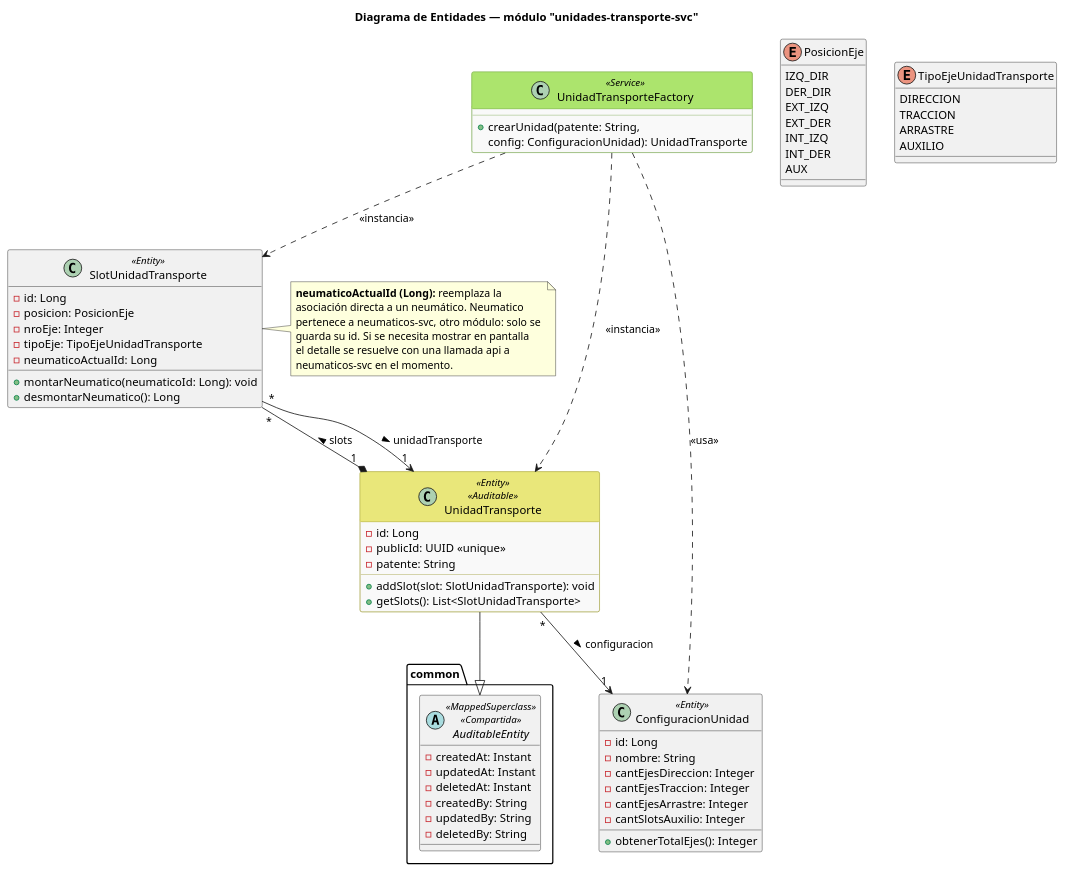
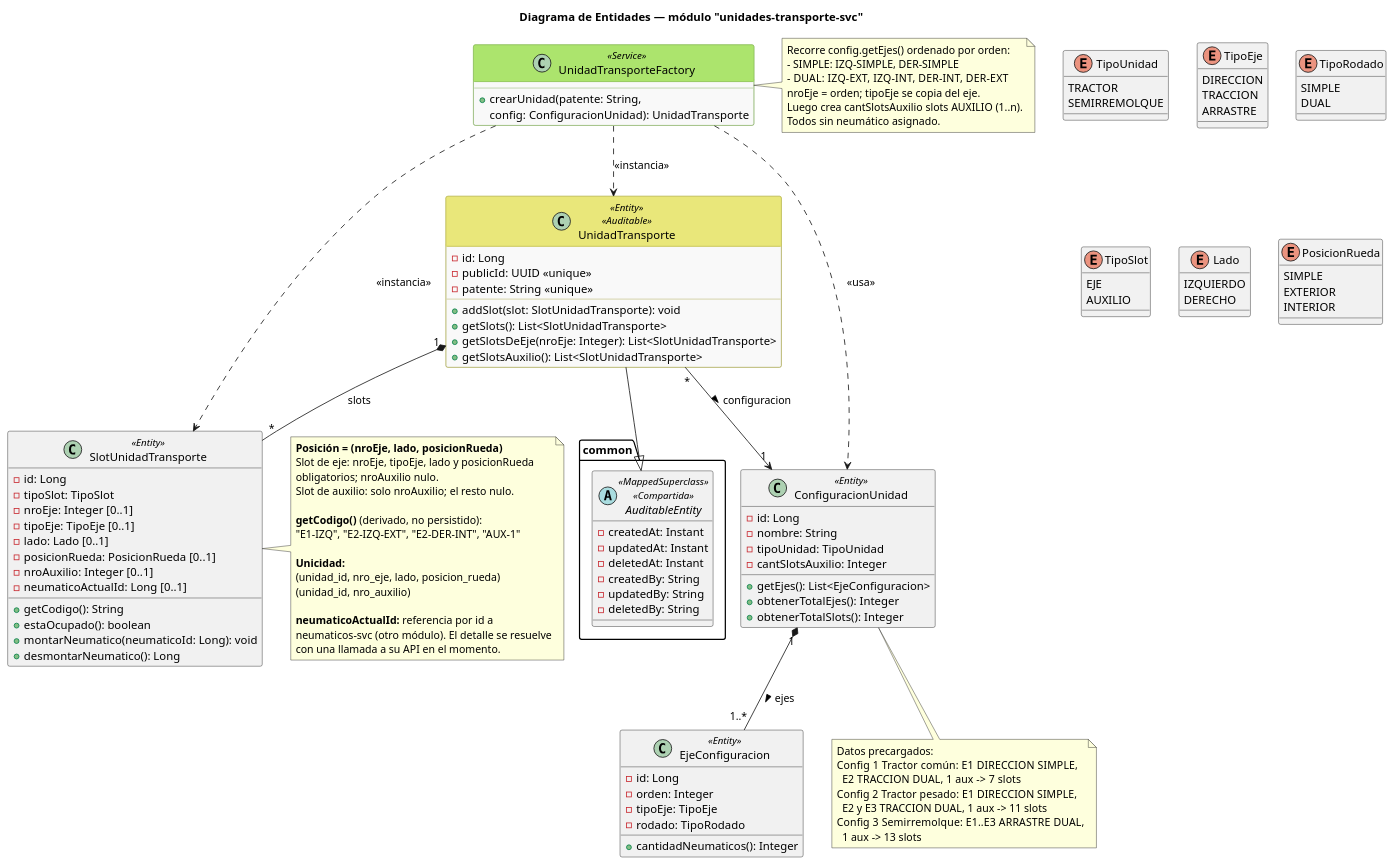
The diagram in docs/Entidades del dominio/dominio-unidades-transporte-svc.puml (niclesanti/gestion-activos-neumaticos), drawn with PlantUML before and after one commit.

Commit message:
docs: actualiza documentacion entidades del dominio unidades de transporte

```diff
--- a/docs/Entidades del dominio/dominio-unidades-transporte-svc.puml
+++ b/docs/Entidades del dominio/dominio-unidades-transporte-svc.puml
@@ -1,96 +1,160 @@
 @startuml dominio-unidades-transporte-svc
 
 title Diagrama de Entidades — módulo "unidades-transporte-svc"
 
 skinparam class {
     BackgroundColor<<Auditable>> #F9F9F9
     BorderColor<<Auditable>> #9b9934
     HeaderBackgroundColor<<Auditable>> #e9e77a
 
     BackgroundColor<<Service>> #F9F9F9
     BorderColor<<Service>> #72a047
     HeaderBackgroundColor<<Service>> #ace46d
 }
 
-' PATRÓN TYPE OBJECT: configuraciones de unidad sin subclasificar por tipo
+' ============================================================
+' PATRÓN TYPE OBJECT: la configuración describe sus ejes en orden
+' ============================================================
 class ConfiguracionUnidad <<Entity>> {
   - id: Long
   - nombre: String
-  - cantEjesDireccion: Integer
-  - cantEjesTraccion: Integer
-  - cantEjesArrastre: Integer
+  - tipoUnidad: TipoUnidad
   - cantSlotsAuxilio: Integer
+  + getEjes(): List<EjeConfiguracion>
   + obtenerTotalEjes(): Integer
+  + obtenerTotalSlots(): Integer
 }
 
+class EjeConfiguracion <<Entity>> {
+  - id: Long
+  - orden: Integer
+  - tipoEje: TipoEje
+  - rodado: TipoRodado
+  + cantidadNeumaticos(): Integer
+}
+
+enum TipoUnidad {
+  TRACTOR
+  SEMIRREMOLQUE
+}
+
+enum TipoEje {
+  DIRECCION
+  TRACCION
+  ARRASTRE
+}
+
+enum TipoRodado {
+  SIMPLE
+  DUAL
+}
+
+' ============================================================
 ' Agregado raíz del módulo. Único escritor de sus propios datos.
+' ============================================================
 class UnidadTransporte <<Entity>> <<Auditable>> {
   - id: Long
   - publicId: UUID <<unique>>
-  - patente: String
+  - patente: String <<unique>>
   + addSlot(slot: SlotUnidadTransporte): void
   + getSlots(): List<SlotUnidadTransporte>
+  + getSlotsDeEje(nroEje: Integer): List<SlotUnidadTransporte>
+  + getSlotsAuxilio(): List<SlotUnidadTransporte>
 }
 
 class SlotUnidadTransporte <<Entity>> {
   - id: Long
-  - posicion: PosicionEje
-  - nroEje: Integer
-  - tipoEje: TipoEjeUnidadTransporte
-  - neumaticoActualId: Long
+  - tipoSlot: TipoSlot
+  - nroEje: Integer [0..1]
+  - tipoEje: TipoEje [0..1]
+  - lado: Lado [0..1]
+  - posicionRueda: PosicionRueda [0..1]
+  - nroAuxilio: Integer [0..1]
+  - neumaticoActualId: Long [0..1]
+  + getCodigo(): String
+  + estaOcupado(): boolean
   + montarNeumatico(neumaticoId: Long): void
   + desmontarNeumatico(): Long
 }
 
-enum PosicionEje {
-  IZQ_DIR
-  DER_DIR
-  EXT_IZQ
-  EXT_DER
-  INT_IZQ
-  INT_DER
-  AUX
-}
-
-enum TipoEjeUnidadTransporte {
-  DIRECCION
-  TRACCION
-  ARRASTRE
+enum TipoSlot {
+  EJE
   AUXILIO
 }
 
-' PATRÓN CREACIONAL: FACTORY / BUILDER
+enum Lado {
+  IZQUIERDO
+  DERECHO
+}
+
+enum PosicionRueda {
+  SIMPLE
+  EXTERIOR
+  INTERIOR
+}
+
+' ============================================================
+' PATRÓN CREACIONAL: FACTORY
+' ============================================================
 class UnidadTransporteFactory <<Service>> {
-    + crearUnidad(patente: String, 
+  + crearUnidad(patente: String,
     config: ConfiguracionUnidad): UnidadTransporte
 }
 
 package "common" as common {
   abstract class AuditableEntity <<MappedSuperclass>> <<Compartida>> {
     - createdAt: Instant
     - updatedAt: Instant
     - deletedAt: Instant
     - createdBy: String
     - updatedBy: String
     - deletedBy: String
   }
 }
 
 UnidadTransporte --|> AuditableEntity
+ConfiguracionUnidad "1" *-- "1..*" EjeConfiguracion : ejes >
 UnidadTransporte "*" --> "1" ConfiguracionUnidad : configuracion >
-UnidadTransporte "1" *-- "*" SlotUnidadTransporte : slots >
-SlotUnidadTransporte "*" --> "1" UnidadTransporte : unidadTransporte >
+UnidadTransporte "1" *-- "*" SlotUnidadTransporte : slots
 UnidadTransporteFactory ..> UnidadTransporte : <<instancia>>
 UnidadTransporteFactory ..> ConfiguracionUnidad : <<usa>>
 UnidadTransporteFactory ..> SlotUnidadTransporte : <<instancia>>
 
 note right of SlotUnidadTransporte
-  <b>neumaticoActualId (Long):</b> reemplaza la
-  asociación directa a un neumático. Neumatico 
-  pertenece a neumaticos-svc, otro módulo: solo se 
-  guarda su id. Si se necesita mostrar en pantalla 
-  el detalle se resuelve con una llamada api a 
-  neumaticos-svc en el momento.
+  <b>Posición = (nroEje, lado, posicionRueda)</b>
+  Slot de eje: nroEje, tipoEje, lado y posicionRueda
+  obligatorios; nroAuxilio nulo.
+  Slot de auxilio: solo nroAuxilio; el resto nulo.
+
+  <b>getCodigo()</b> (derivado, no persistido):
+  "E1-IZQ", "E2-IZQ-EXT", "E2-DER-INT", "AUX-1"
+
+  <b>Unicidad:</b>
+  (unidad_id, nro_eje, lado, posicion_rueda)
+  (unidad_id, nro_auxilio)
+
+  <b>neumaticoActualId:</b> referencia por id a
+  neumaticos-svc (otro módulo). El detalle se resuelve
+  con una llamada a su API en el momento.
+end note
+
+note right of UnidadTransporteFactory
+  Recorre config.getEjes() ordenado por orden:
+  - SIMPLE: IZQ-SIMPLE, DER-SIMPLE
+  - DUAL:   IZQ-EXT, IZQ-INT, DER-INT, DER-EXT
+  nroEje = orden; tipoEje se copia del eje.
+  Luego crea cantSlotsAuxilio slots AUXILIO (1..n).
+  Todos sin neumático asignado.
+end note
+
+note bottom of ConfiguracionUnidad
+  Datos precargados:
+  Config 1 Tractor común:   E1 DIRECCION SIMPLE,
+    E2 TRACCION DUAL, 1 aux  -> 7 slots
+  Config 2 Tractor pesado:  E1 DIRECCION SIMPLE,
+    E2 y E3 TRACCION DUAL, 1 aux -> 11 slots
+  Config 3 Semirremolque:   E1..E3 ARRASTRE DUAL,
+    1 aux -> 13 slots
 end note
 
 @enduml
```
